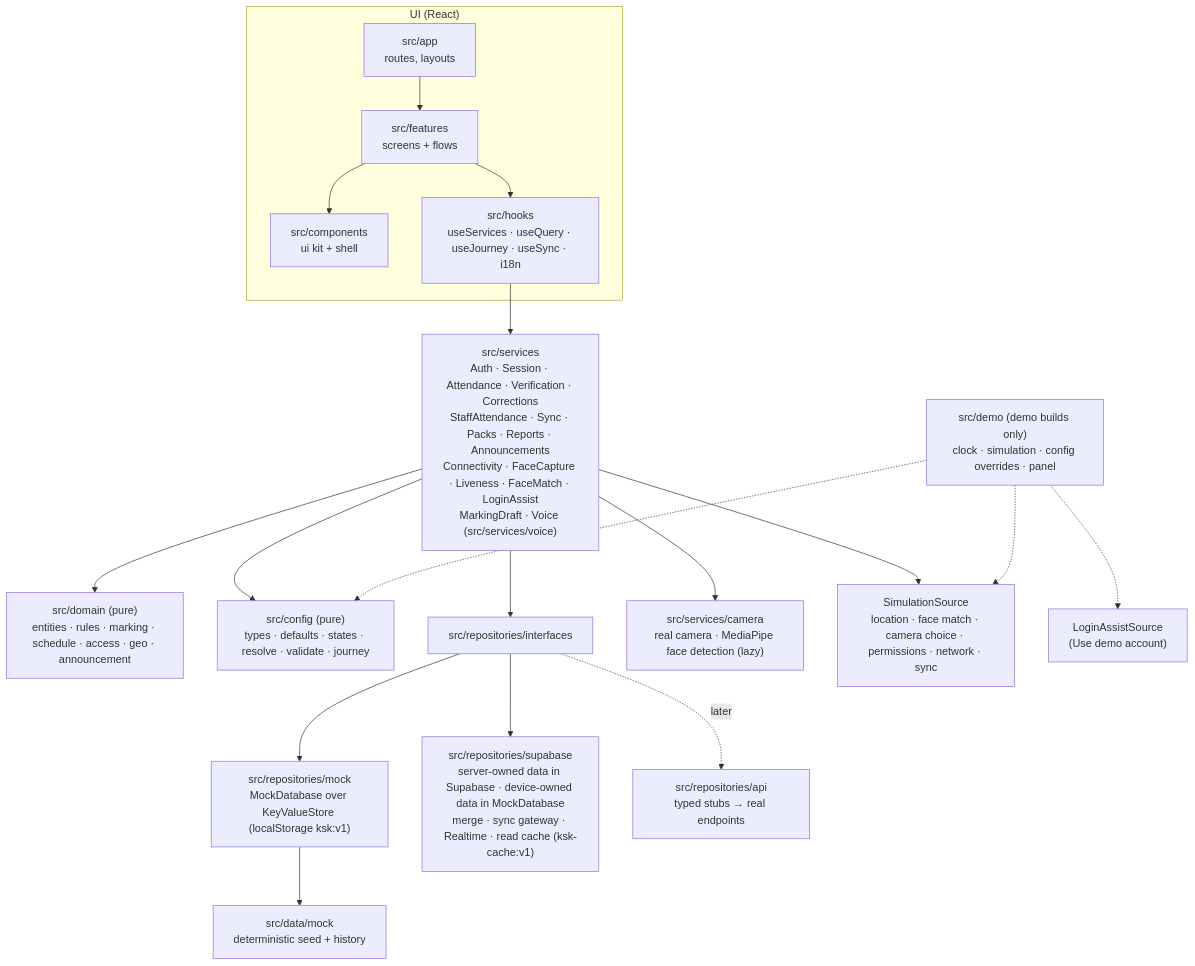
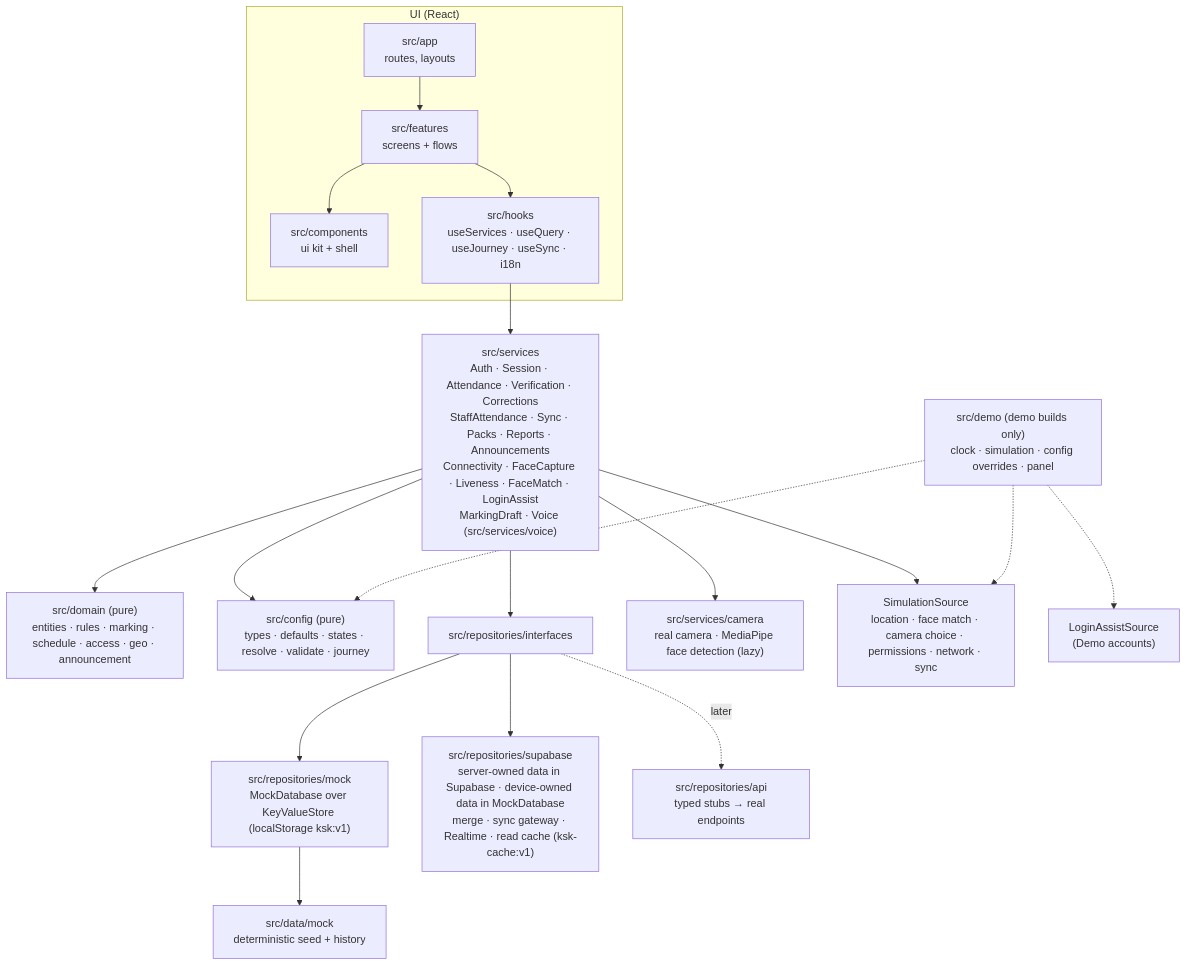
One commit to repo-sumit/KSK-Attenance-Agent changed the first of 6 diagrams in docs/ARCHITECTURE.md. Above: the diagram before and after it, drawn with Mermaid. The commit also changed other lines of this file and 304 other files, not shown here.

````diff
--- a/docs/ARCHITECTURE.md
+++ b/docs/ARCHITECTURE.md
@@ -7,21 +7,21 @@
 ```mermaid
 flowchart TD
   subgraph UI["UI (React)"]
     APP["src/app<br/>routes, layouts"] --> FEAT["src/features<br/>screens + flows"]
     FEAT --> KIT["src/components<br/>ui kit + shell"]
     FEAT --> HOOKS["src/hooks<br/>useServices · useQuery · useJourney · useSync · i18n"]
   end
   HOOKS --> SVC["src/services<br/>Auth · Session · Attendance · Verification · Corrections<br/>StaffAttendance · Sync · Packs · Reports · Announcements<br/>Connectivity · FaceCapture · Liveness · FaceMatch · LoginAssist<br/>MarkingDraft · Voice (src/services/voice)"]
   SVC --> DOM["src/domain (pure)<br/>entities · rules · marking · schedule · access · geo · announcement"]
   SVC --> CFG["src/config (pure)<br/>types · defaults · states · resolve · validate · journey"]
   SVC --> RI["src/repositories/interfaces"]
   RI --> MOCK["src/repositories/mock<br/>MockDatabase over KeyValueStore (localStorage ksk:v1)"]
   RI --> SUPA["src/repositories/supabase<br/>server-owned data in Supabase · device-owned data in MockDatabase<br/>merge · sync gateway · Realtime · read cache (ksk-cache:v1)"]
   RI -. later .-> API["src/repositories/api<br/>typed stubs → real endpoints"]
   MOCK --> DATA["src/data/mock<br/>deterministic seed + history"]
   SVC --> CAM["src/services/camera<br/>real camera · MediaPipe face detection (lazy)"]
   SVC --> SIM["SimulationSource<br/>location · face match · camera choice · permissions · network · sync"]
   DEMO["src/demo (demo builds only)<br/>clock · simulation · config overrides · panel"] -.-> SIM
   DEMO -.-> CFG
-  DEMO -.-> LA["LoginAssistSource<br/>(Use demo account)"]
+  DEMO -.-> LA["LoginAssistSource<br/>(Demo accounts)"]
 ```
````
